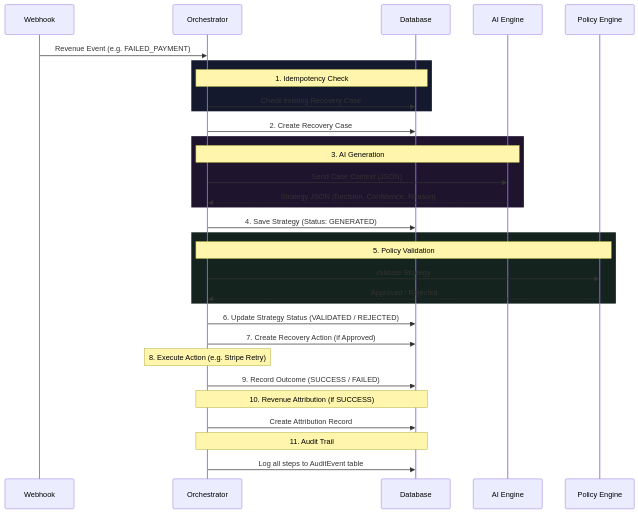
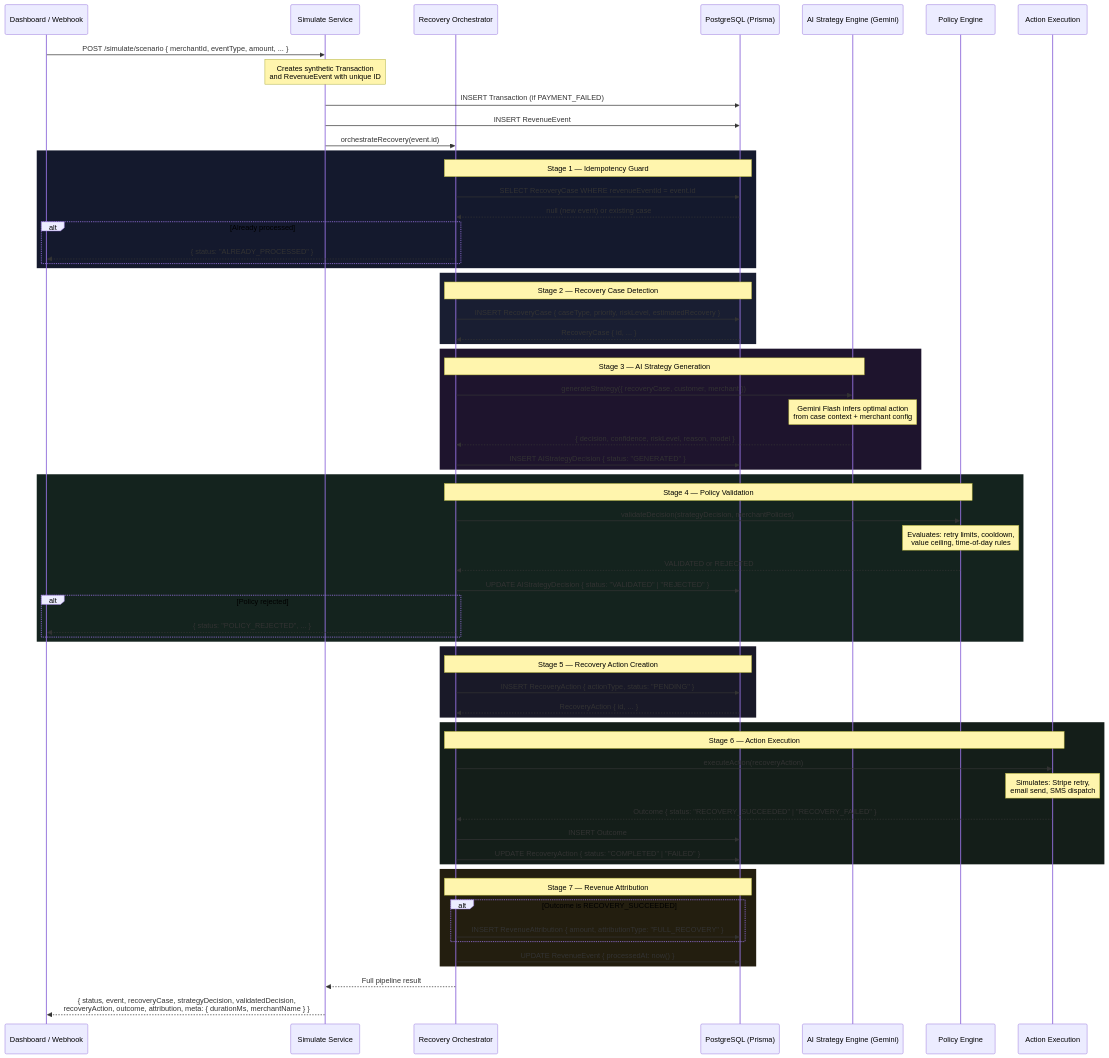
Before and after one commit to abhishekmishra28/ai-revenue-recovery: the diagram in WORKFLOWS.md, drawn with Mermaid. The commit also changed other lines of this file and 5 other files, not shown here.

````diff
--- a/WORKFLOWS.md
+++ b/WORKFLOWS.md
@@ -5,45 +11,78 @@
 ```mermaid
 sequenceDiagram
-    participant Webhook
-    participant Orchestrator
-    participant Database
-    participant AI Engine
-    participant Policy Engine
-    
-    Webhook->>Orchestrator: Revenue Event (e.g. FAILED_PAYMENT)
-    
+    participant Client as Dashboard / Webhook
+    participant Sim as Simulate Service
+    participant Orch as Recovery Orchestrator
+    participant DB as PostgreSQL (Prisma)
+    participant AI as AI Strategy Engine (Gemini)
+    participant Policy as Policy Engine
+    participant Exec as Action Execution
+
+    Client->>Sim: POST /simulate/scenario { merchantId, eventType, amount, ... }
+
+    Note over Sim: Creates synthetic Transaction<br/>and RevenueEvent with unique ID
+
+    Sim->>DB: INSERT Transaction (if PAYMENT_FAILED)
+    Sim->>DB: INSERT RevenueEvent
+    Sim->>Orch: orchestrateRecovery(event.id)
+
     rect rgb(20, 25, 45)
-        Note over Orchestrator,Database: 1. Idempotency Check
-        Orchestrator->>Database: Check existing Recovery Case
+        Note over Orch,DB: Stage 1 — Idempotency Guard
+        Orch->>DB: SELECT RecoveryCase WHERE revenueEventId = event.id
+        DB-->>Orch: null (new event) or existing case
+        alt Already processed
+            Orch-->>Client: { status: "ALREADY_PROCESSED" }
+        end
     end
-    
-    Orchestrator->>Database: 2. Create Recovery Case
-    
+
+    rect rgb(25, 30, 50)
+        Note over Orch,DB: Stage 2 — Recovery Case Detection
+        Orch->>DB: INSERT RecoveryCase { caseType, priority, riskLevel, estimatedRecovery }
+        DB-->>Orch: RecoveryCase { id, ... }
+    end
+
     rect rgb(30, 20, 45)
-        Note over Orchestrator,AI Engine: 3. AI Generation
-        Orchestrator->>AI Engine: Send Case Context (JSON)
-        AI Engine-->>Orchestrator: Strategy JSON (Decision, Confidence, Reason)
+        Note over Orch,AI: Stage 3 — AI Strategy Generation
+        Orch->>AI: generateStrategy({ recoveryCase, customer, merchant })
+        Note over AI: Gemini Flash infers optimal action<br/>from case context + merchant config
+        AI-->>Orch: { decision, confidence, riskLevel, reason, model }
+        Orch->>DB: INSERT AIStrategyDecision { status: "GENERATED" }
     end
-    
-    Orchestrator->>Database: 4. Save Strategy (Status: GENERATED)
-    
+
     rect rgb(20, 35, 30)
-        Note over Orchestrator,Policy Engine: 5. Policy Validation
-        Orchestrator->>Policy Engine: Validate Strategy
-        Policy Engine-->>Orchestrator: Approved / Rejected
+        Note over Orch,Policy: Stage 4 — Policy Validation
+        Orch->>Policy: validateDecision(strategyDecision, merchantPolicies)
+        Note over Policy: Evaluates: retry limits, cooldown,<br/>value ceiling, time-of-day rules
+        Policy-->>Orch: VALIDATED or REJECTED
+        Orch->>DB: UPDATE AIStrategyDecision { status: "VALIDATED" | "REJECTED" }
+        alt Policy rejected
+            Orch-->>Client: { status: "POLICY_REJECTED", ... }
+        end
     end
-    
-    Orchestrator->>Database: 6. Update Strategy Status (VALIDATED / REJECTED)
-    
-    Orchestrator->>Database: 7. Create Recovery Action (if Approved)
-    
-    Note over Orchestrator: 8. Execute Action (e.g. Stripe Retry)
-    
-    Orchestrator->>Database: 9. Record Outcome (SUCCESS / FAILED)
-    
-    Note over Orchestrator,Database: 10. Revenue Attribution (if SUCCESS)
-    Orchestrator->>Database: Create Attribution Record
-    
-    Note over Orchestrator,Database: 11. Audit Trail
-    Orchestrator->>Database: Log all steps to AuditEvent table
+
+    rect rgb(25, 25, 40)
+        Note over Orch,DB: Stage 5 — Recovery Action Creation
+        Orch->>DB: INSERT RecoveryAction { actionType, status: "PENDING" }
+        DB-->>Orch: RecoveryAction { id, ... }
+    end
+
+    rect rgb(20, 30, 25)
+        Note over Orch,Exec: Stage 6 — Action Execution
+        Orch->>Exec: executeAction(recoveryAction)
+        Note over Exec: Simulates: Stripe retry,<br/>email send, SMS dispatch
+        Exec-->>Orch: Outcome { status: "RECOVERY_SUCCEEDED" | "RECOVERY_FAILED" }
+        Orch->>DB: INSERT Outcome
+        Orch->>DB: UPDATE RecoveryAction { status: "COMPLETED" | "FAILED" }
+    end
+
+    rect rgb(35, 30, 15)
+        Note over Orch,DB: Stage 7 — Revenue Attribution
+        alt Outcome is RECOVERY_SUCCEEDED
+            Orch->>DB: INSERT RevenueAttribution { amount, attributionType: "FULL_RECOVERY" }
+        end
+        Orch->>DB: UPDATE RevenueEvent { processedAt: now() }
+    end
+
+    Orch-->>Sim: Full pipeline result
+    Sim-->>Client: { status, event, recoveryCase, strategyDecision, validatedDecision,<br/>recoveryAction, outcome, attribution, meta: { durationMs, merchantName } }
 ```
````
